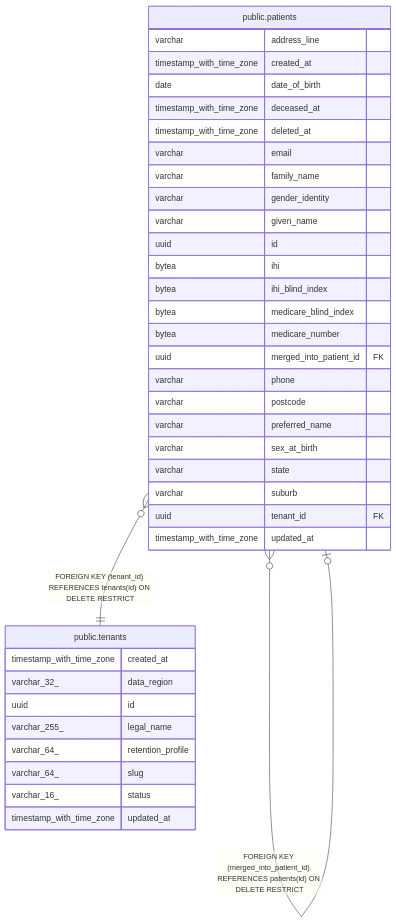
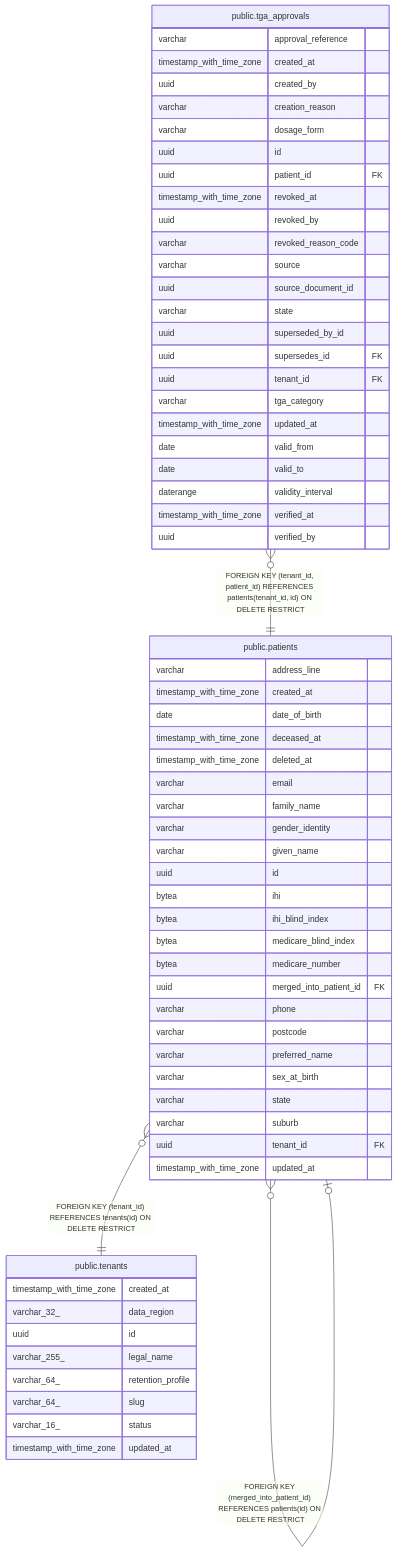
The diagram in docs/reference/schema/public.patients.md (irajput215/clinic-os), drawn with Mermaid before and after one commit. The commit also changed other lines of this file and 22 other files, not shown here.

First line of the commit message:
fix(tga-approvals): four defects that made the module unusable, and the drift gates

````diff
--- a/docs/reference/schema/public.patients.md
+++ b/docs/reference/schema/public.patients.md
@@ -62,42 +62,68 @@
 ```mermaid
 erDiagram
 
 "public.patients" }o--o| "public.patients" : "FOREIGN KEY (merged_into_patient_id) REFERENCES patients(id) ON DELETE RESTRICT"
+"public.tga_approvals" }o--|| "public.patients" : "FOREIGN KEY (tenant_id, patient_id) REFERENCES patients(tenant_id, id) ON DELETE RESTRICT"
 "public.patients" }o--|| "public.tenants" : "FOREIGN KEY (tenant_id) REFERENCES tenants(id) ON DELETE RESTRICT"
 
 "public.patients" {
   varchar address_line
   timestamp_with_time_zone created_at
   date date_of_birth
   timestamp_with_time_zone deceased_at
   timestamp_with_time_zone deleted_at
   varchar email
   varchar family_name
   varchar gender_identity
   varchar given_name
   uuid id
   bytea ihi
   bytea ihi_blind_index
   bytea medicare_blind_index
   bytea medicare_number
   uuid merged_into_patient_id FK
   varchar phone
   varchar postcode
   varchar preferred_name
   varchar sex_at_birth
   varchar state
   varchar suburb
   uuid tenant_id FK
   timestamp_with_time_zone updated_at
 }
+"public.tga_approvals" {
+  varchar approval_reference
+  timestamp_with_time_zone created_at
+  uuid created_by
+  varchar creation_reason
+  varchar dosage_form
+  uuid id
+  uuid patient_id FK
+  timestamp_with_time_zone revoked_at
+  uuid revoked_by
+  varchar revoked_reason_code
+  varchar source
+  uuid source_document_id
+  varchar state
+  uuid superseded_by_id
+  uuid supersedes_id FK
+  uuid tenant_id FK
+  varchar tga_category
+  timestamp_with_time_zone updated_at
+  date valid_from
+  date valid_to
+  daterange validity_interval
+  timestamp_with_time_zone verified_at
+  uuid verified_by
+}
 "public.tenants" {
   timestamp_with_time_zone created_at
   varchar_32_ data_region
   uuid id
   varchar_255_ legal_name
   varchar_64_ retention_profile
   varchar_64_ slug
   varchar_16_ status
   timestamp_with_time_zone updated_at
 }
 ```
````
